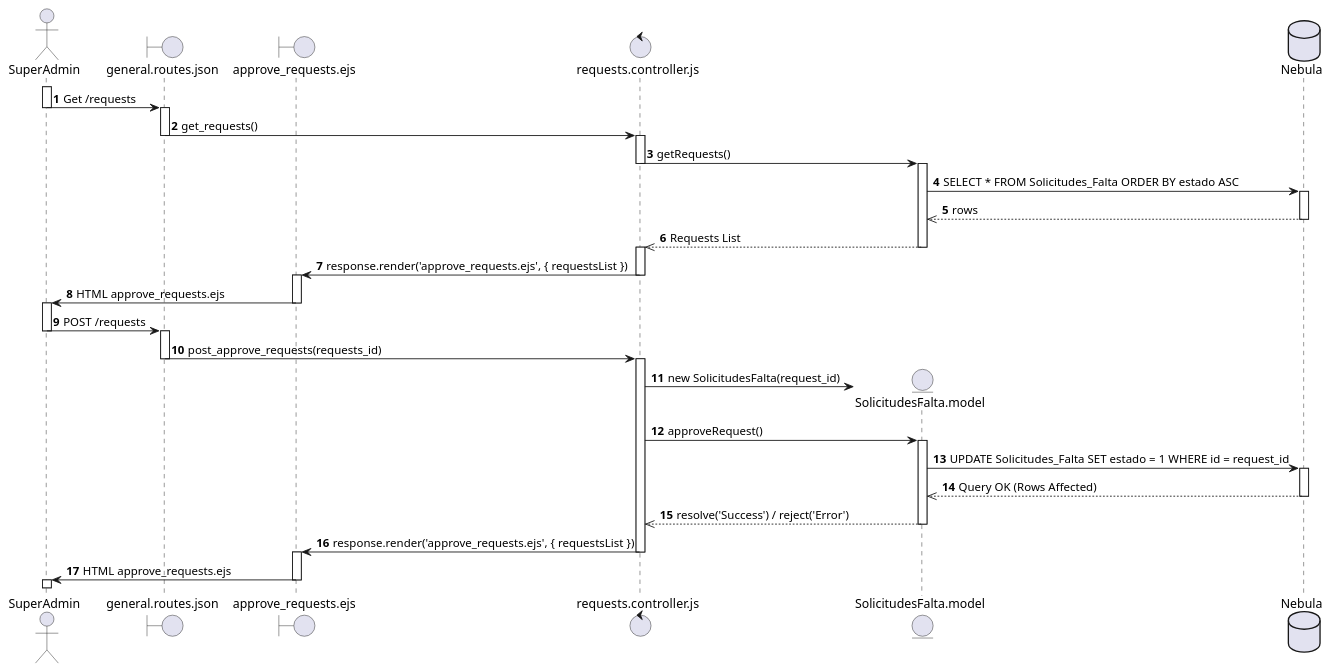
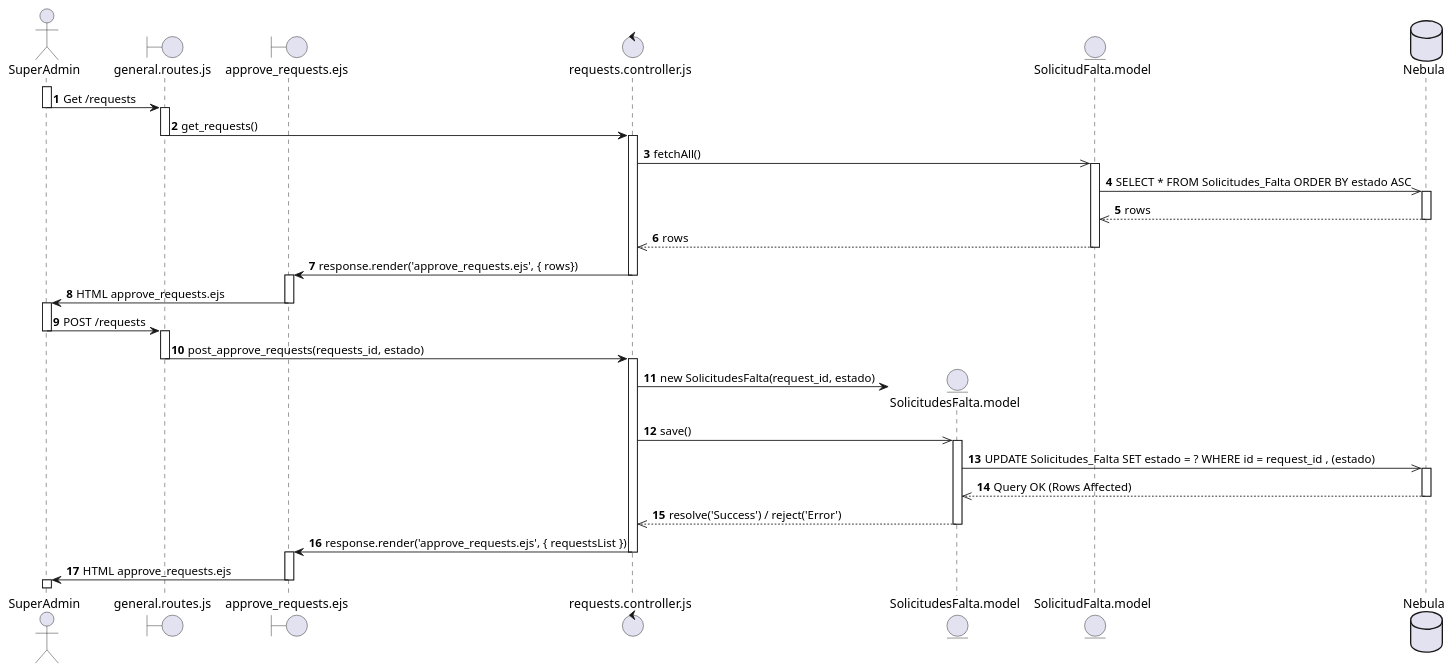
Before and after one commit to SALV19/Nebula_tc2005b: the diagram in diagramas_secuencia/req27.puml, drawn with PlantUML.

Commit message:
[UPDATE] uml sequence diagram

```diff
--- a/diagramas_secuencia/req27.puml
+++ b/diagramas_secuencia/req27.puml
@@ -1,71 +1,68 @@
 @startuml REQ_27
 autonumber
 actor SuperAdmin as S
-boundary general.routes.json as SRoute
+boundary general.routes.js as SRoute
 boundary approve_requests.ejs as Requests
 control requests.controller.js as SController
 entity SolicitudesFalta.model as SModel
+entity SolicitudFalta.model as Model
 database Nebula as db
 
 ' ---- CONSULTAR SOLICITUDES ----
 activate S
 S -> SRoute : Get /requests
 deactivate S
 
 activate SRoute
 SRoute -> SController : get_requests()
 deactivate SRoute
 
 activate SController
-SController -> SModel : getRequests()
-deactivate SController
+SController ->> Model : fetchAll()
 
-activate SModel 
-SModel -> db : SELECT * FROM Solicitudes_Falta ORDER BY estado ASC
+activate Model 
+Model ->> db : SELECT * FROM Solicitudes_Falta ORDER BY estado ASC
 activate db
-db -->> SModel : rows
+db -->> Model : rows
 deactivate db
-
-SModel -->> SController : Requests List
-deactivate SModel
-
-activate SController
-SController -> Requests : response.render('approve_requests.ejs', { requestsList })
+Model -->> SController : rows
+deactivate Model
+SController -> Requests : response.render('approve_requests.ejs', { rows})
 deactivate SController
 
 activate Requests
 Requests -> S : HTML approve_requests.ejs
 deactivate Requests
 
 ' ---- APROBAR SOLICITUD ----
 activate S
 S -> SRoute : POST /requests
 deactivate S
 
 activate SRoute
-SRoute -> SController : post_approve_requests(requests_id)
+SRoute -> SController : post_approve_requests(requests_id, estado)
 deactivate SRoute
 
 activate SController 
 create SModel
-SController -> SModel : new SolicitudesFalta(request_id)
-SController -> SModel : approveRequest()
+SController -> SModel : new SolicitudesFalta(request_id, estado)
+SController ->> SModel : save()
 
 activate SModel
-SModel -> db : UPDATE Solicitudes_Falta SET estado = 1 WHERE id = request_id
+SModel ->> db : UPDATE Solicitudes_Falta SET estado = ? WHERE id = request_id , (estado)
 activate db
 db -->> SModel : Query OK (Rows Affected)
 deactivate db
 
 SModel -->> SController : resolve('Success') / reject('Error')
 deactivate SModel
 
 SController -> Requests : response.render('approve_requests.ejs', { requestsList })
 deactivate SController
 
 activate Requests
 Requests -> S : HTML approve_requests.ejs
 deactivate Requests
 
 activate S
 @enduml
```
